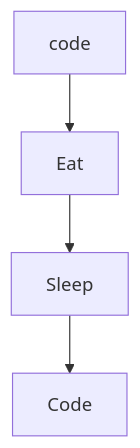
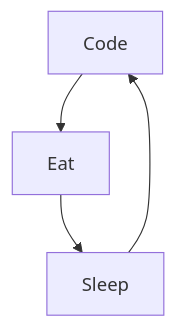
The diagram in README.md (Shadow-Kev/Shadow-Kev), drawn with Mermaid before and after one commit. The commit also changed other lines of this file and 11 other files, not shown here.

````diff
--- a/README.md
+++ b/README.md
@@ -23,6 +48,6 @@
 ```mermaid
   graph TD;
-      code-->Eat;
+      Code-->Eat;
       Eat-->Sleep;
       Sleep-->Code;
 ```
````
